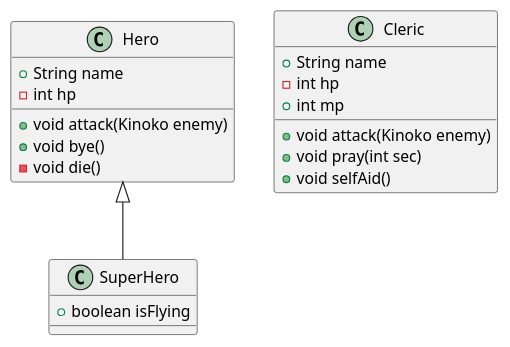
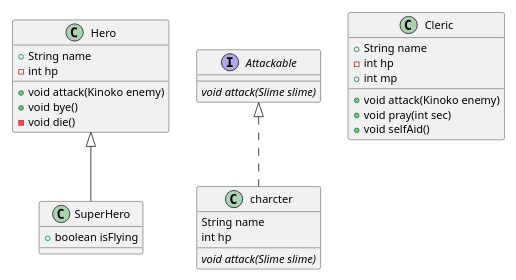
One commit to SurvivalCodingCampus/polytech_java_study changed the diagram in src/main/java/com/survivalcoding/Game.puml. Above: the diagram before and after it, drawn with PlantUML. The commit also changed 3 other files, not shown here.

```diff
--- a/src/main/java/com/survivalcoding/Game.puml
+++ b/src/main/java/com/survivalcoding/Game.puml
@@ -1,28 +1,39 @@
 @startuml
 'https://plantuml.com/class-diagram
-
+scale 0.7
 
 class SuperHero extends Hero {
     + boolean isFlying
+}
+
+interface Attackable {
+    {abstract} void attack(Slime slime)
+}
+
+class charcter implements Attackable {
+    String name
+    int hp
+
+    {abstract} void attack(Slime slime)
 }
 
 class Hero {
     + String name
     - int hp
 
     + void attack(Kinoko enemy)
     + void bye()
     - void die()
 }
 
 class Cleric {
     + String name
     - int hp
     + int mp
 
     + void attack(Kinoko enemy)
     + void pray(int sec)
     + void selfAid()
 }
 
 @enduml
```
